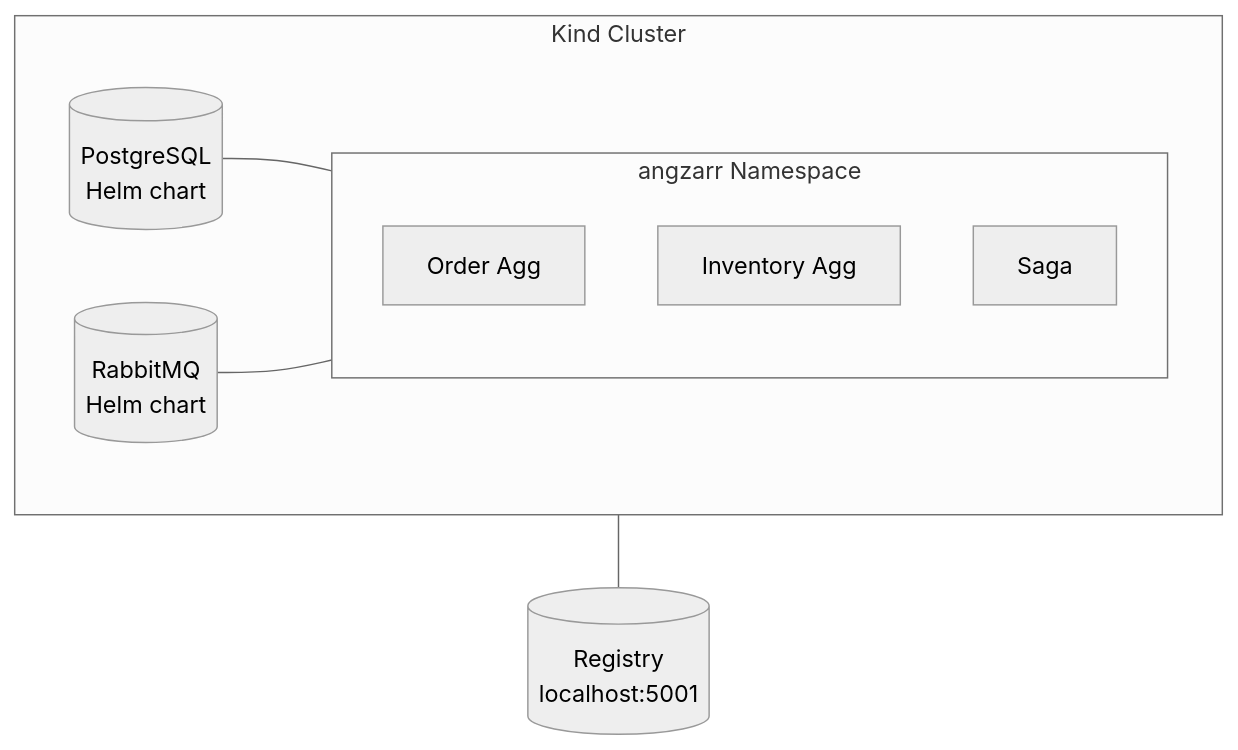
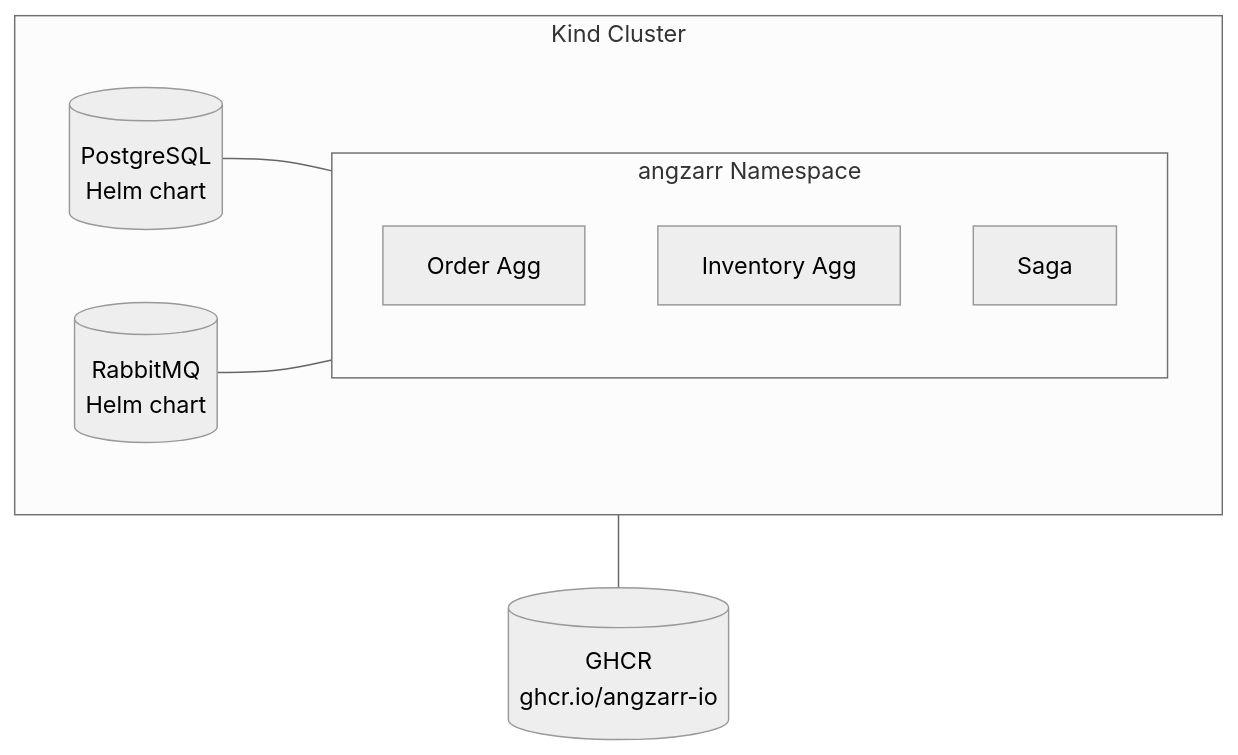
Before and after one commit to benjaminabbitt/angzarr: the first of 3 diagrams in docs/docs/tooling/opentofu.md, drawn with Mermaid (neutral theme). The commit also changed 21 other files, not shown here.

````diff
--- a/docs/docs/tooling/opentofu.md
+++ b/docs/docs/tooling/opentofu.md
@@ -159,15 +159,15 @@
 ```mermaid
 flowchart TB
     subgraph Kind[Kind Cluster]
         PG[(PostgreSQL<br/>Helm chart)]
         RMQ[(RabbitMQ<br/>Helm chart)]
         subgraph NS[angzarr Namespace]
             Order[Order Agg]
             Inventory[Inventory Agg]
             Saga[Saga]
         end
         PG & RMQ --- NS
     end
-    Registry[(Registry<br/>localhost:5001)]
+    Registry[(GHCR<br/>ghcr.io/angzarr-io)]
     Kind --- Registry
 ```
````
